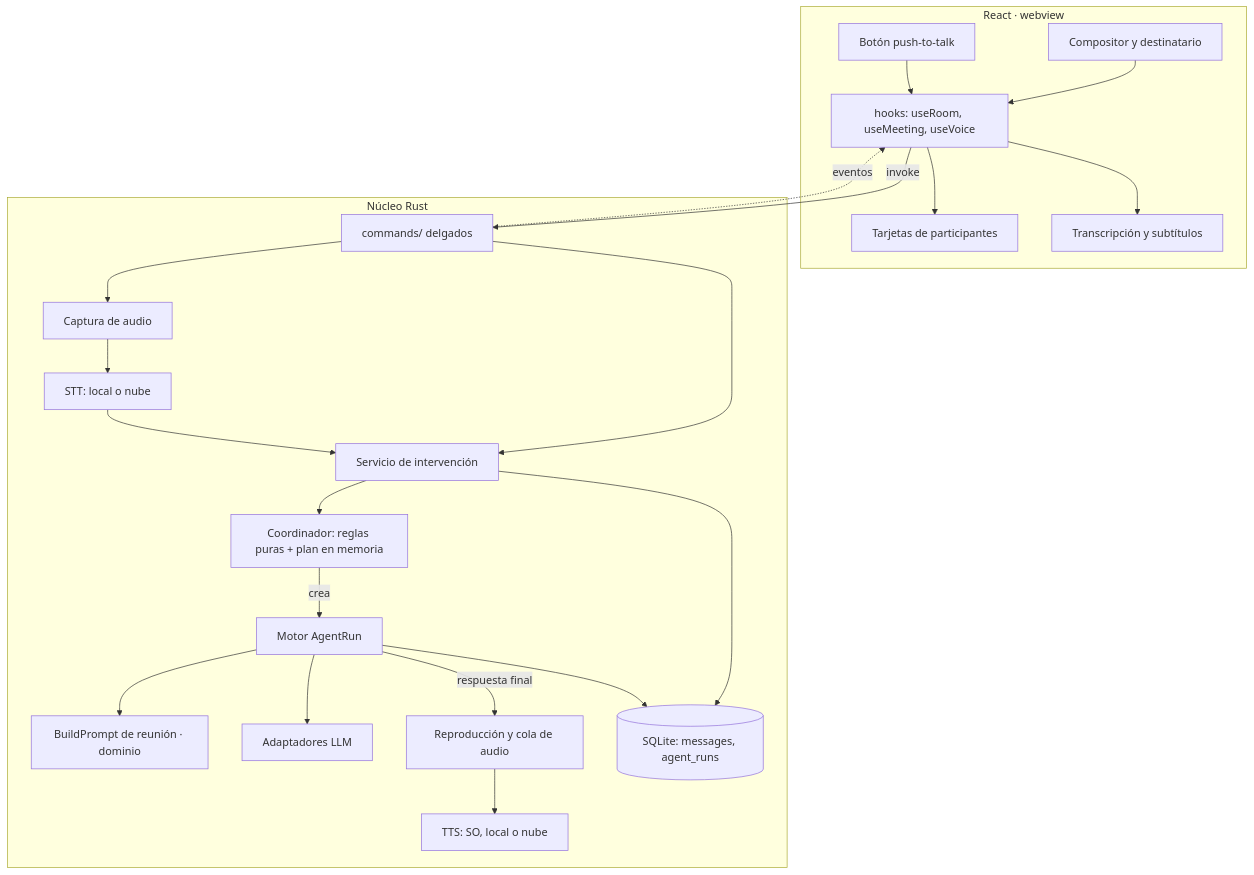
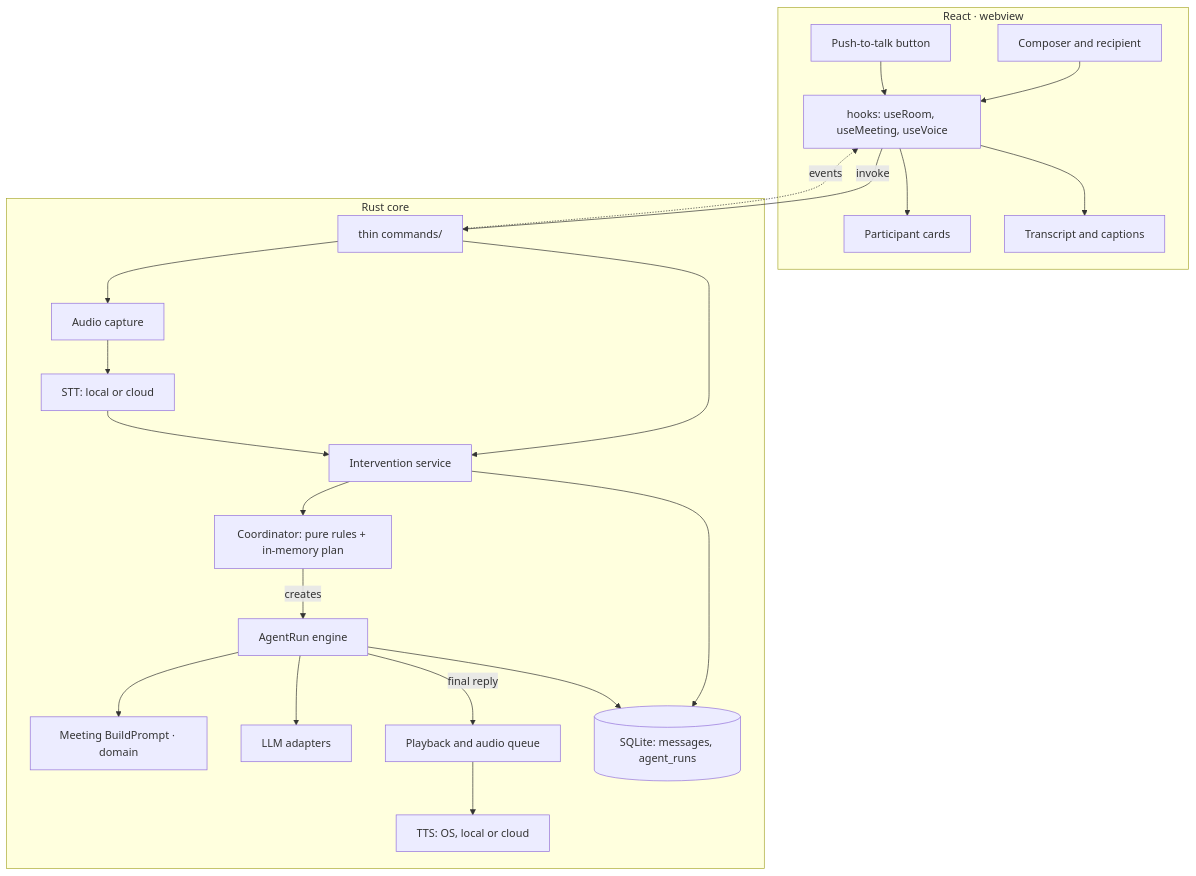
Before and after one commit to Dach3r/meelting: the first of 8 diagrams in docs/architecture/conversation-engine.md, drawn with Mermaid. The commit also changed other lines of this file, not shown here.

Commit message:
📝 docs(conversation-engine): translate to english

````diff
--- a/docs/architecture/conversation-engine.md
+++ b/docs/architecture/conversation-engine.md
@@ -45,40 +45,40 @@
 ```mermaid
 flowchart TD
     subgraph UI[React · webview]
-        Composer[Compositor y destinatario]
-        PTT[Botón push-to-talk]
-        Tiles[Tarjetas de participantes]
-        Transcript[Transcripción y subtítulos]
+        Composer[Composer and recipient]
+        PTT[Push-to-talk button]
+        Tiles[Participant cards]
+        Transcript[Transcript and captions]
         Hooks[hooks: useRoom, useMeeting, useVoice]
     end
-    subgraph Core[Núcleo Rust]
-        Cmd[commands/ delgados]
-        Intervention[Servicio de intervención]
-        Coord[Coordinador: reglas puras + plan en memoria]
-        Prompt[BuildPrompt de reunión · dominio]
-        Run[Motor AgentRun]
-        Providers[Adaptadores LLM]
-        STT[STT: local o nube]
-        TTS[TTS: SO, local o nube]
-        Capture[Captura de audio]
-        Playback[Reproducción y cola de audio]
+    subgraph Core[Rust core]
+        Cmd[thin commands/]
+        Intervention[Intervention service]
+        Coord[Coordinator: pure rules + in-memory plan]
+        Prompt[Meeting BuildPrompt · domain]
+        Run[AgentRun engine]
+        Providers[LLM adapters]
+        STT[STT: local or cloud]
+        TTS[TTS: OS, local or cloud]
+        Capture[Audio capture]
+        Playback[Playback and audio queue]
         Repo[(SQLite: messages, agent_runs)]
     end
     Composer --> Hooks
     PTT --> Hooks
     Hooks -- invoke --> Cmd
     Cmd --> Intervention
     Cmd --> Capture
     Capture --> STT --> Intervention
     Intervention --> Repo
     Intervention --> Coord
-    Coord -- crea --> Run
+    Coord -- creates --> Run
     Run --> Prompt
     Run --> Providers
     Run --> Repo
-    Run -- respuesta final --> Playback
+    Run -- final reply --> Playback
     Playback --> TTS
-    Cmd -. eventos .-> Hooks
+    Cmd -. events .-> Hooks
     Hooks --> Tiles
     Hooks --> Transcript
 ```
````
